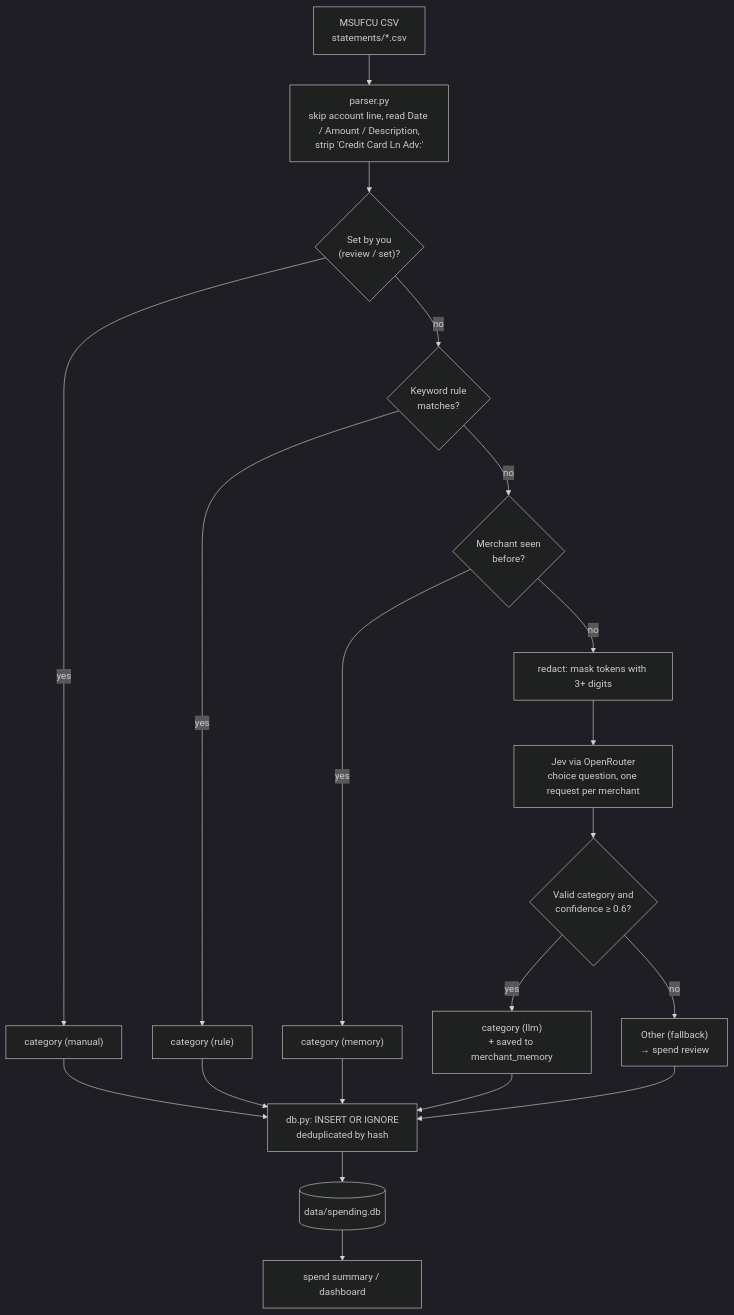
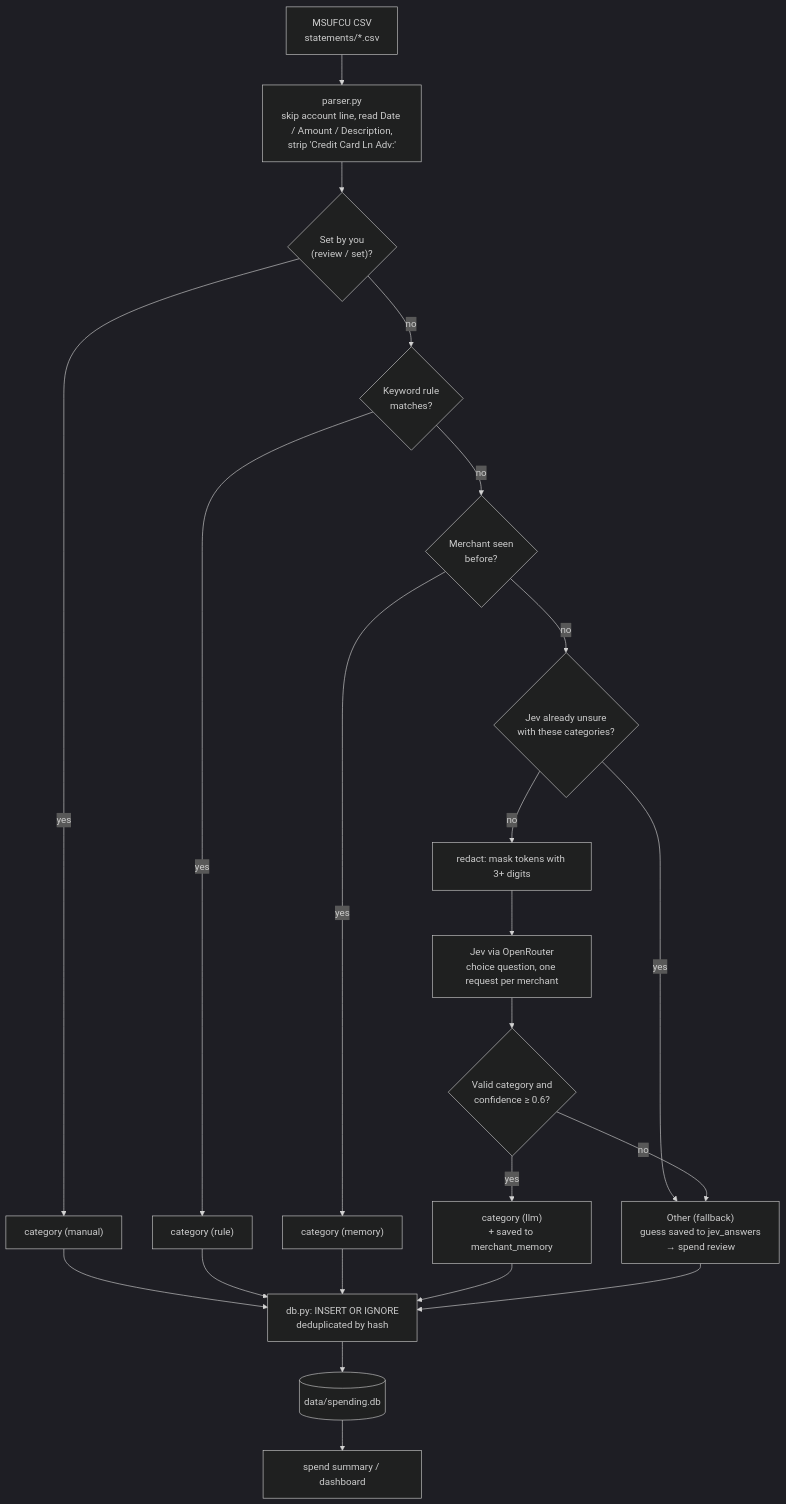
One commit to alessandrofelici/spending-tracker changed the third of 6 diagrams in STRUCTURE.md. Above: the diagram before and after it, drawn with Mermaid (dark theme). The commit also changed other lines of this file and 2 other files, not shown here.

Commit message:
docs: document review suggestions, adding categories and --resort
Covers Jev's suggestions and the new keys in review, the + flow and
what the re-sort does (including that rule matches are never sent),
and marks documents/extend-review.md implemented with its decisions.

````diff
--- a/STRUCTURE.md
+++ b/STRUCTURE.md
@@ -114,18 +115,20 @@
 ```mermaid
 flowchart TD
     A["MSUFCU CSV<br/>statements/*.csv"] --> B["parser.py<br/>skip account line, read Date / Amount / Description,<br/>strip 'Credit Card Ln Adv:'"]
     B --> MC{"Set by you<br/>(review / set)?"}
     MC -- yes --> MN["category (manual)"]
     MC -- no --> C{"Keyword rule<br/>matches?"}
     C -- yes --> R["category (rule)"]
     C -- no --> D{"Merchant seen<br/>before?"}
     D -- yes --> M["category (memory)"]
-    D -- no --> E["redact: mask tokens with 3+ digits"]
+    D -- no --> U{"Jev already unsure<br/>with these categories?"}
+    U -- yes --> O
+    U -- no --> E["redact: mask tokens with 3+ digits"]
     E --> F["Jev via OpenRouter<br/>choice question, one request per merchant"]
     F --> G{"Valid category and<br/>confidence ≥ 0.6?"}
     G -- yes --> L["category (llm)<br/>+ saved to merchant_memory"]
-    G -- no --> O["Other (fallback)<br/>→ spend review"]
+    G -- no --> O["Other (fallback)<br/>guess saved to jev_answers<br/>→ spend review"]
     MN & R & M & L & O --> H["db.py: INSERT OR IGNORE<br/>deduplicated by hash"]
     H --> I[("data/spending.db")]
     I --> J["spend summary / dashboard"]
 ```
````
